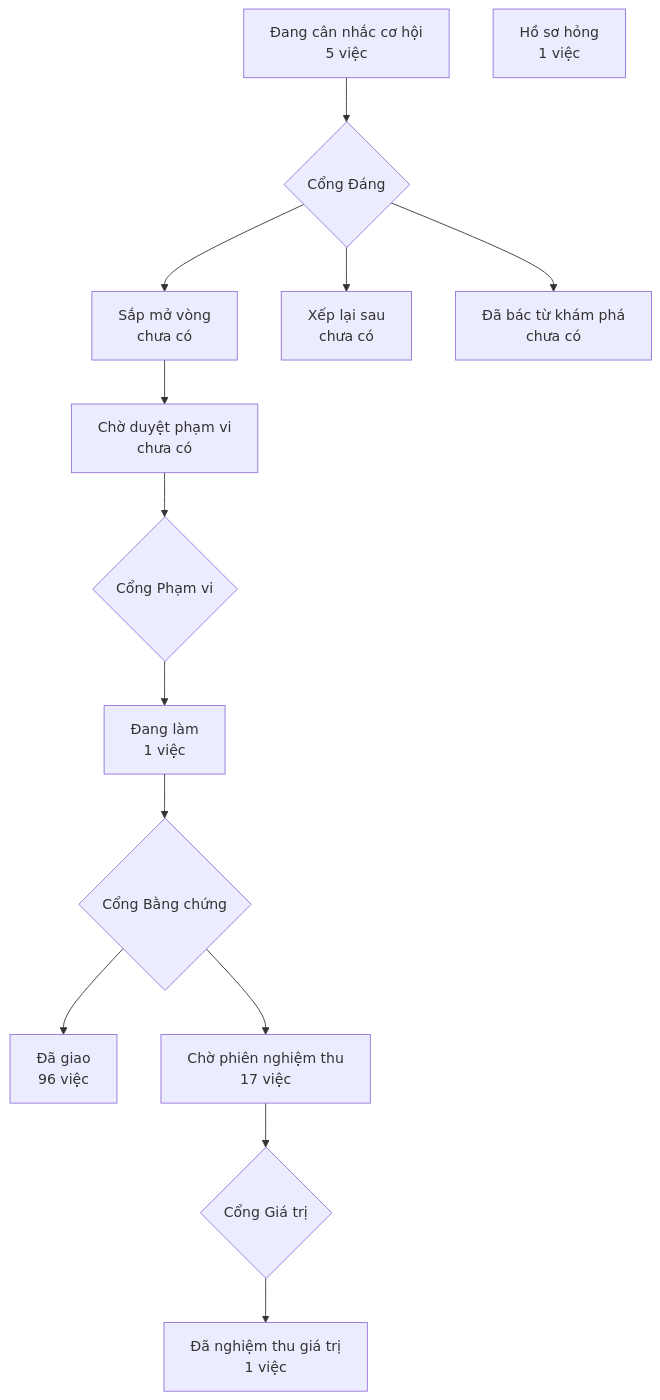
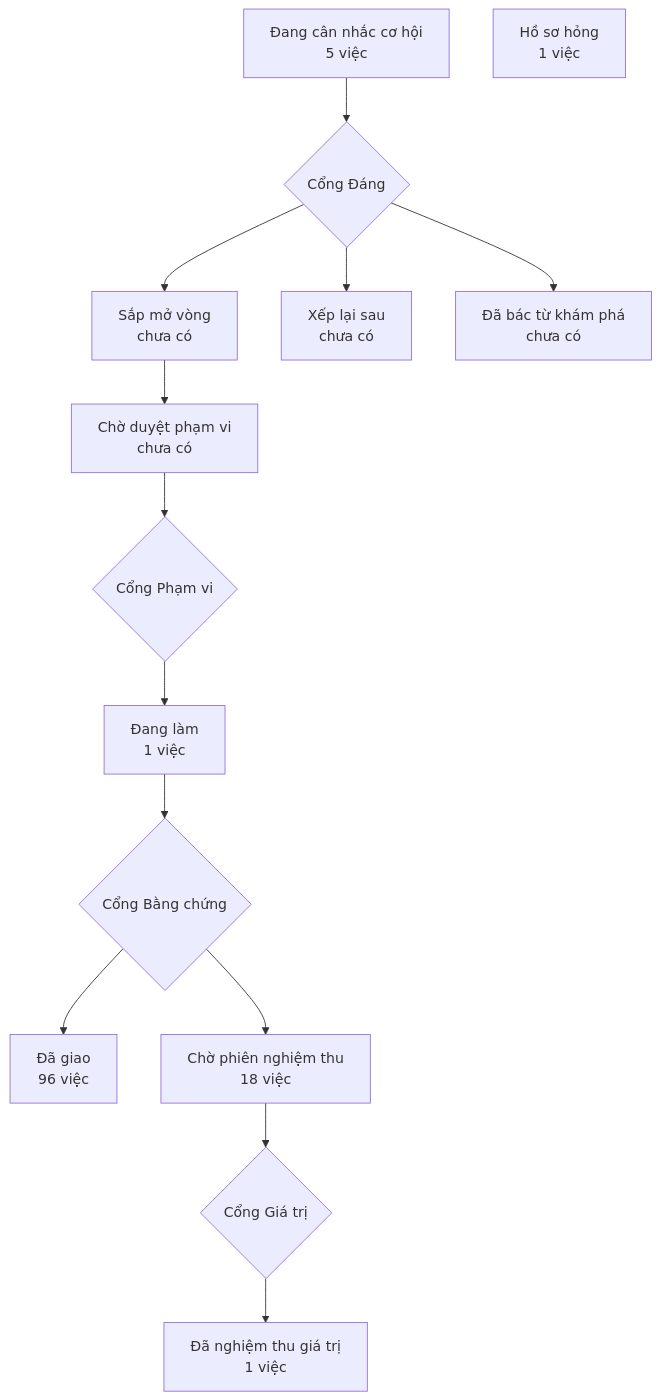
One commit to phanlemanh/crm-onehub changed the diagram in PRODUCT-MAP.md. Above: the diagram before and after it, drawn with Mermaid. The commit also changed other lines of this file, not shown here.

Commit message:
PRODUCT-MAP: vẽ lại sau gộp onehub

````diff
--- a/PRODUCT-MAP.md
+++ b/PRODUCT-MAP.md
@@ -6,13 +6,13 @@
 ```mermaid
 flowchart TD
   A["Đang cân nhắc cơ hội<br/>5 việc"] --> GD{"Cổng Đáng"}
   GD --> B["Sắp mở vòng<br/>chưa có"]
   GD --> XL["Xếp lại sau<br/>chưa có"]
   GD --> DB["Đã bác từ khám phá<br/>chưa có"]
   B --> CD["Chờ duyệt phạm vi<br/>chưa có"] --> GP{"Cổng Phạm vi"}
   GP --> DL["Đang làm<br/>1 việc"] --> GB{"Cổng Bằng chứng"}
   GB --> DG["Đã giao<br/>96 việc"]
-  GB --> CN["Chờ phiên nghiệm thu<br/>17 việc"] --> GG{"Cổng Giá trị"}
+  GB --> CN["Chờ phiên nghiệm thu<br/>18 việc"] --> GG{"Cổng Giá trị"}
   GG --> NT["Đã nghiệm thu giá trị<br/>1 việc"]
   HS["Hồ sơ hỏng<br/>1 việc"]
 ```
````
